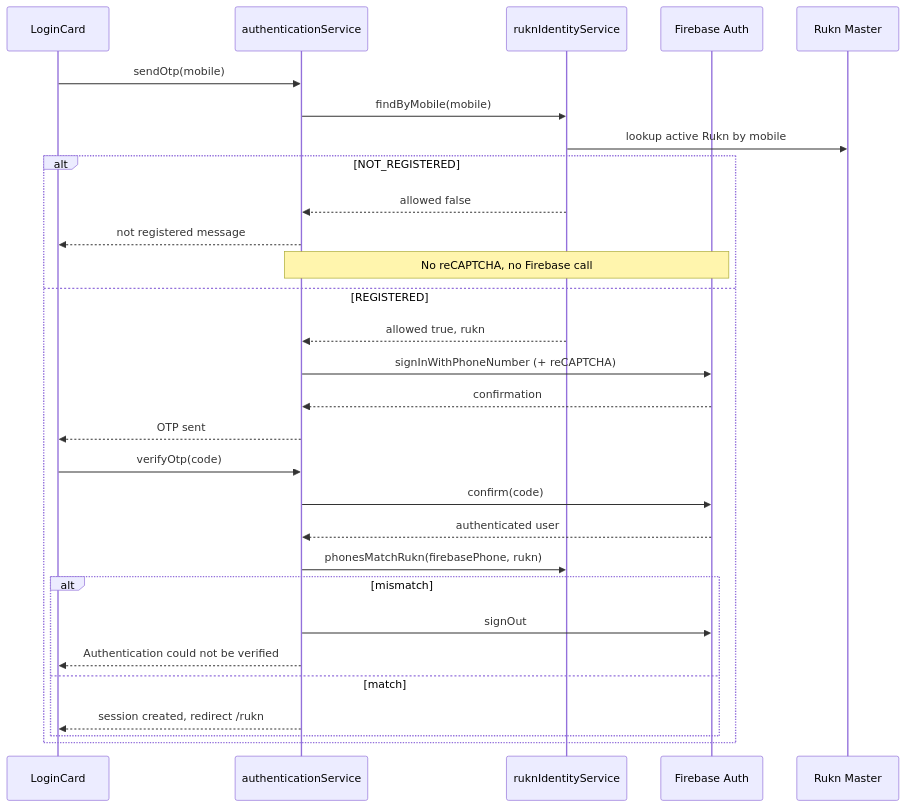
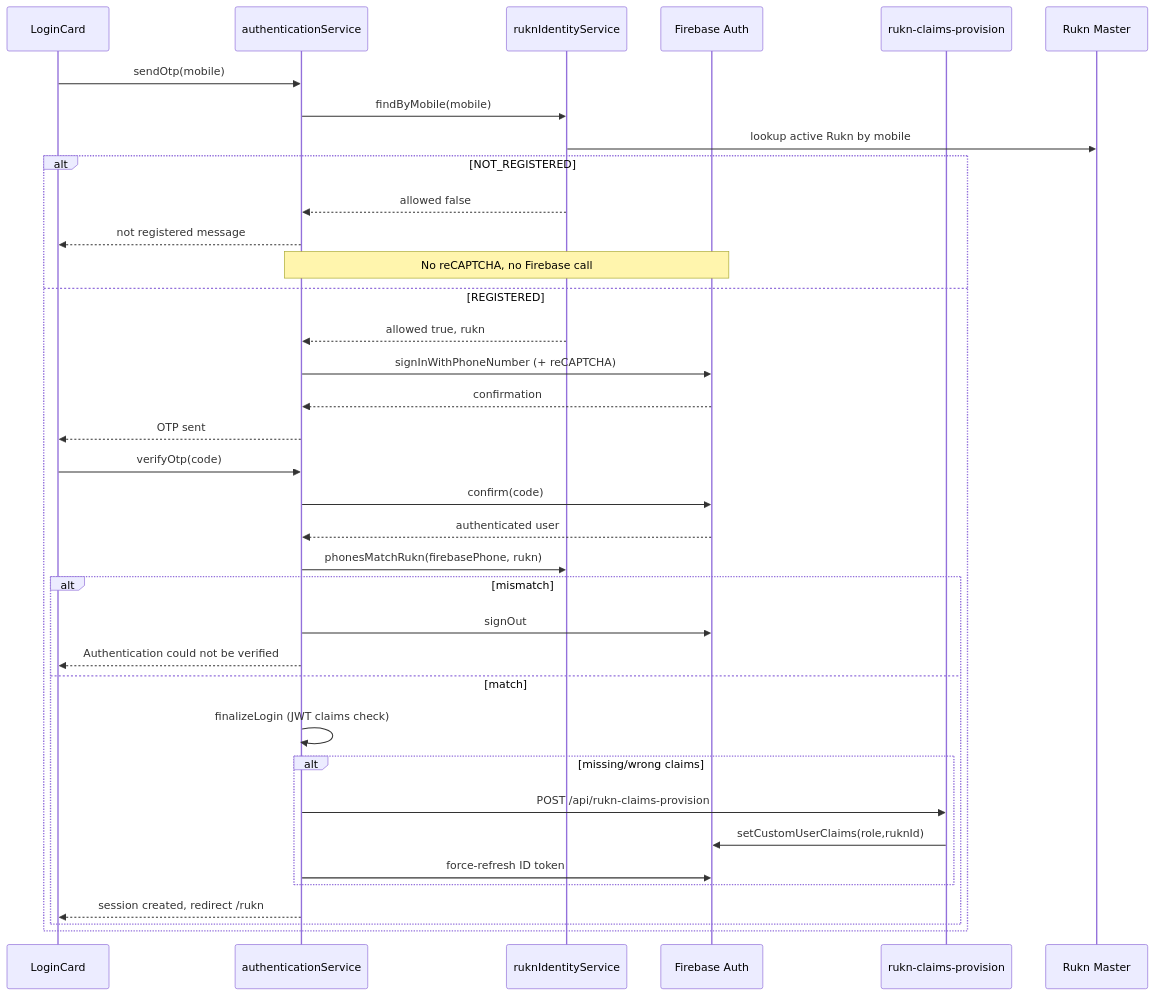
One commit to jihbasavakalyan/karkun-connect changed the first of 2 diagrams in docs/architecture/rukn-authentication.md. Above: the diagram before and after it, drawn with Mermaid. The commit also changed other lines of this file and 45 other files, not shown here.

Commit message:
fix(auth): auto-provision Rukn claims after first OTP login

````diff
--- a/docs/architecture/rukn-authentication.md
+++ b/docs/architecture/rukn-authentication.md
@@ -18,33 +18,40 @@
 ```mermaid
 sequenceDiagram
   participant UI as LoginCard
   participant Auth as authenticationService
   participant Identity as ruknIdentityService
   participant FB as Firebase Auth
+  participant API as rukn-claims-provision
   participant Master as Rukn Master
 
   UI->>Auth: sendOtp(mobile)
   Auth->>Identity: findByMobile(mobile)
   Identity->>Master: lookup active Rukn by mobile
 
   alt NOT_REGISTERED
     Identity-->>Auth: allowed false
     Auth-->>UI: not registered message
     Note over Auth,FB: No reCAPTCHA, no Firebase call
   else REGISTERED
     Identity-->>Auth: allowed true, rukn
     Auth->>FB: signInWithPhoneNumber (+ reCAPTCHA)
     FB-->>Auth: confirmation
     Auth-->>UI: OTP sent
     UI->>Auth: verifyOtp(code)
     Auth->>FB: confirm(code)
     FB-->>Auth: authenticated user
     Auth->>Identity: phonesMatchRukn(firebasePhone, rukn)
     alt mismatch
       Auth->>FB: signOut
       Auth-->>UI: Authentication could not be verified
     else match
+      Auth->>Auth: finalizeLogin (JWT claims check)
+      alt missing/wrong claims
+        Auth->>API: POST /api/rukn-claims-provision
+        API->>FB: setCustomUserClaims(role,ruknId)
+        Auth->>FB: force-refresh ID token
+      end
       Auth-->>UI: session created, redirect /rukn
     end
   end
 ```
````
